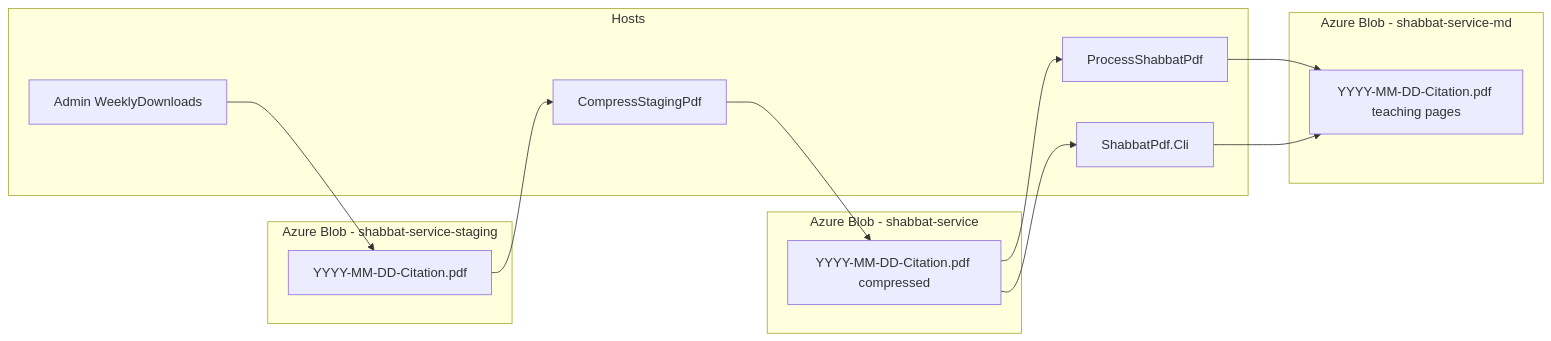
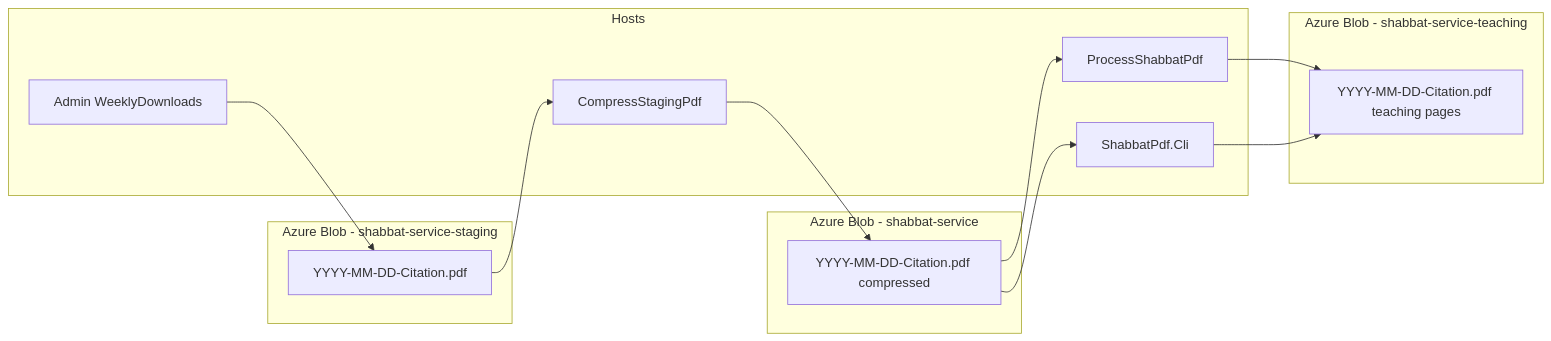
One commit to LivingMessiahJohn/LivingMessiah changed the first of 3 diagrams in ShabbatPdf/docs/design-lmm-parse-pdf.md. Above: the diagram before and after it, drawn with Mermaid. The commit also changed other lines of this file and 13 other files, not shown here.

First line of the commit message:
Write teaching PDFs to shabbat-service-teaching.

````diff
--- a/ShabbatPdf/docs/design-lmm-parse-pdf.md
+++ b/ShabbatPdf/docs/design-lmm-parse-pdf.md
@@ -216,26 +216,26 @@
 ```mermaid
 flowchart LR
   subgraph staging [Azure Blob - shabbat-service-staging]
     RAW["YYYY-MM-DD-Citation.pdf"]
   end
 
   subgraph service [Azure Blob - shabbat-service]
     PDF["YYYY-MM-DD-Citation.pdf compressed"]
   end
 
-  subgraph dest [Azure Blob - shabbat-service-md]
+  subgraph dest [Azure Blob - shabbat-service-teaching]
     TEACH["YYYY-MM-DD-Citation.pdf teaching pages"]
   end
 
   subgraph hosts [Hosts]
     ADMIN["Admin WeeklyDownloads"]
     COMP["CompressStagingPdf"]
     EXT["ProcessShabbatPdf"]
     CLI["ShabbatPdf.Cli"]
   end
 
   ADMIN --> RAW
   RAW --> COMP --> PDF
   PDF --> EXT --> TEACH
   PDF --> CLI --> TEACH
 ```
````
